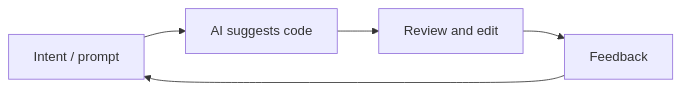
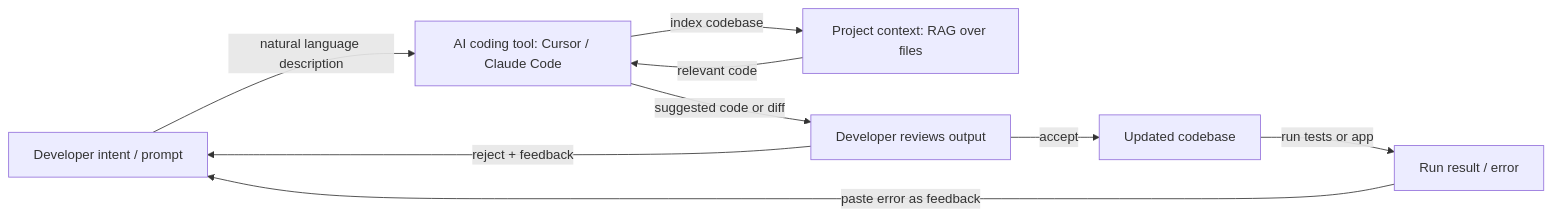
The diagram in docs/vibe-coding.md (EmersonBraun/ai-summary-hub), drawn with Mermaid before and after one commit. The commit also changed other lines of this file and 77 other files, not shown here.

````diff
--- a/docs/vibe-coding.md
+++ b/docs/vibe-coding.md
@@ -19,7 +27,11 @@
 ```mermaid
 flowchart LR
-  Intent[Intent / prompt] --> AI[AI suggests code]
-  AI --> Review[Review and edit]
-  Review --> Feedback[Feedback]
-  Feedback --> Intent
+  Intent[Developer intent / prompt] -->|natural language description| AITool[AI coding tool: Cursor / Claude Code]
+  AITool -->|index codebase| Context[Project context: RAG over files]
+  Context -->|relevant code| AITool
+  AITool -->|suggested code or diff| Review[Developer reviews output]
+  Review -->|accept| Codebase[Updated codebase]
+  Review -->|reject + feedback| Intent
+  Codebase -->|run tests or app| Result[Run result / error]
+  Result -->|paste error as feedback| Intent
 ```
````
